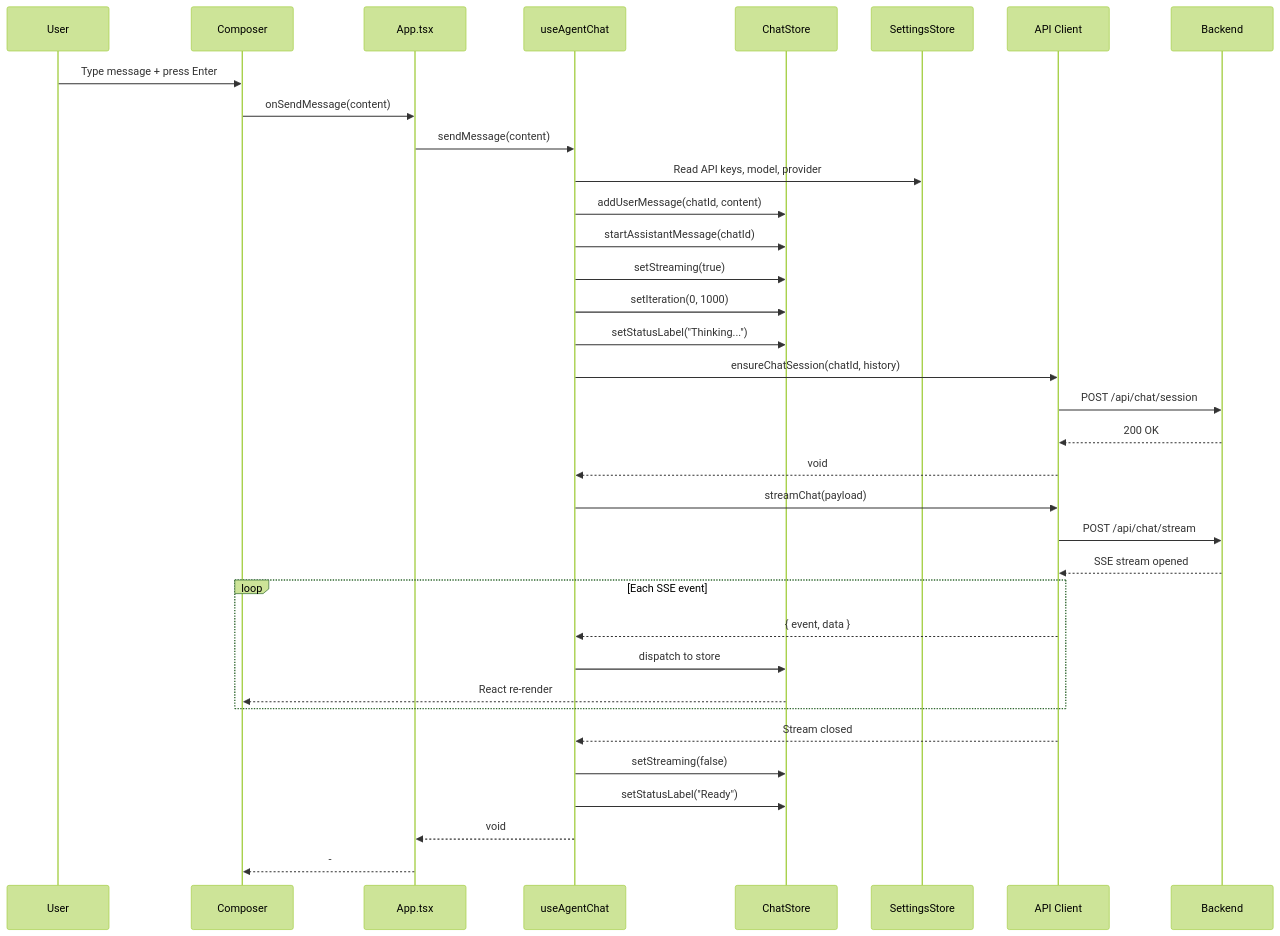
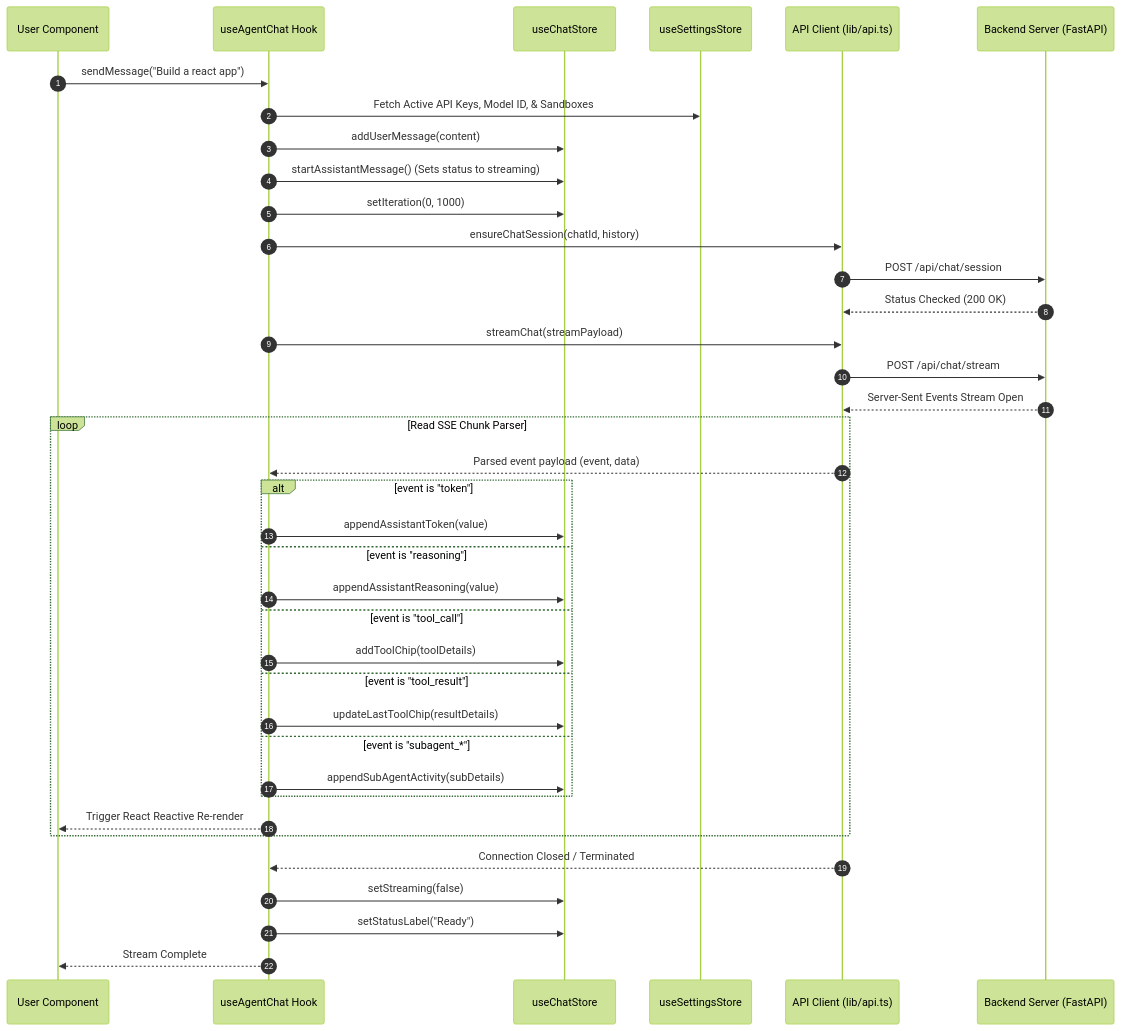
Before and after one commit to opencurro-ai/OpenCurro: the second of 2 diagrams in frontend/README.md, drawn with Mermaid (forest theme). The commit also changed other lines of this file and 2 other files, not shown here.

Commit message:
docs: create comprehensive, production-quality README files for root, backend, and frontend

````diff
--- a/frontend/README.md
+++ b/frontend/README.md
@@ -217,43 +75,45 @@
 ```mermaid
 sequenceDiagram
-    participant U as User
-    participant COMP as Composer
-    participant A as App.tsx
-    participant H as useAgentChat
-    participant CS as ChatStore
-    participant SS as SettingsStore
-    participant API as API Client
-    participant BE as Backend
+    autonumber
+    participant U as User Component
+    participant Hook as useAgentChat Hook
+    participant S_Chat as useChatStore
+    participant S_Sets as useSettingsStore
+    participant API as API Client (lib/api.ts)
+    participant BE as Backend Server (FastAPI)
 
-    U->>COMP: Type message + press Enter
-    COMP->>A: onSendMessage(content)
-    A->>H: sendMessage(content)
+    U->>Hook: sendMessage("Build a react app")
+    Hook->>S_Sets: Fetch Active API Keys, Model ID, & Sandboxes
+    Hook->>S_Chat: addUserMessage(content)
+    Hook->>S_Chat: startAssistantMessage() (Sets status to streaming)
+    Hook->>S_Chat: setIteration(0, 1000)
 
-    H->>SS: Read API keys, model, provider
-    H->>CS: addUserMessage(chatId, content)
-    H->>CS: startAssistantMessage(chatId)
-    H->>CS: setStreaming(true)
-    H->>CS: setIteration(0, 1000)
-    H->>CS: setStatusLabel("Thinking...")
+    Hook->>API: ensureChatSession(chatId, history)
+    API->>BE: POST /api/chat/session
+    BE-->>API: Status Checked (200 OK)
 
-    H->>API: ensureChatSession(chatId, history)
-    API->>BE: POST /api/chat/session
-    BE-->>API: 200 OK
-    API-->>H: void
+    Hook->>API: streamChat(streamPayload)
+    API->>BE: POST /api/chat/stream
+    BE-->>API: Server-Sent Events Stream Open
 
-    H->>API: streamChat(payload)
-    API->>BE: POST /api/chat/stream
-    BE-->>API: SSE stream opened
-
-    loop Each SSE event
-        API-->>H: { event, data }
-        H->>CS: dispatch to store
-        CS-->>COMP: React re-render
+    loop Read SSE Chunk Parser
+        API-->>Hook: Parsed event payload (event, data)
+        alt event is "token"
+            Hook->>S_Chat: appendAssistantToken(value)
+        else event is "reasoning"
+            Hook->>S_Chat: appendAssistantReasoning(value)
+        else event is "tool_call"
+            Hook->>S_Chat: addToolChip(toolDetails)
+        else event is "tool_result"
+            Hook->>S_Chat: updateLastToolChip(resultDetails)
+        else event is "subagent_*"
+            Hook->>S_Chat: appendSubAgentActivity(subDetails)
+        end
+        Hook-->>U: Trigger React Reactive Re-render
     end
 
-    API-->>H: Stream closed
-    H->>CS: setStreaming(false)
-    H->>CS: setStatusLabel("Ready")
-    H-->>A: void
-    A-->>COMP: -
+    API-->>Hook: Connection Closed / Terminated
+    Hook->>S_Chat: setStreaming(false)
+    Hook->>S_Chat: setStatusLabel("Ready")
+    Hook-->>U: Stream Complete
 ```
````
